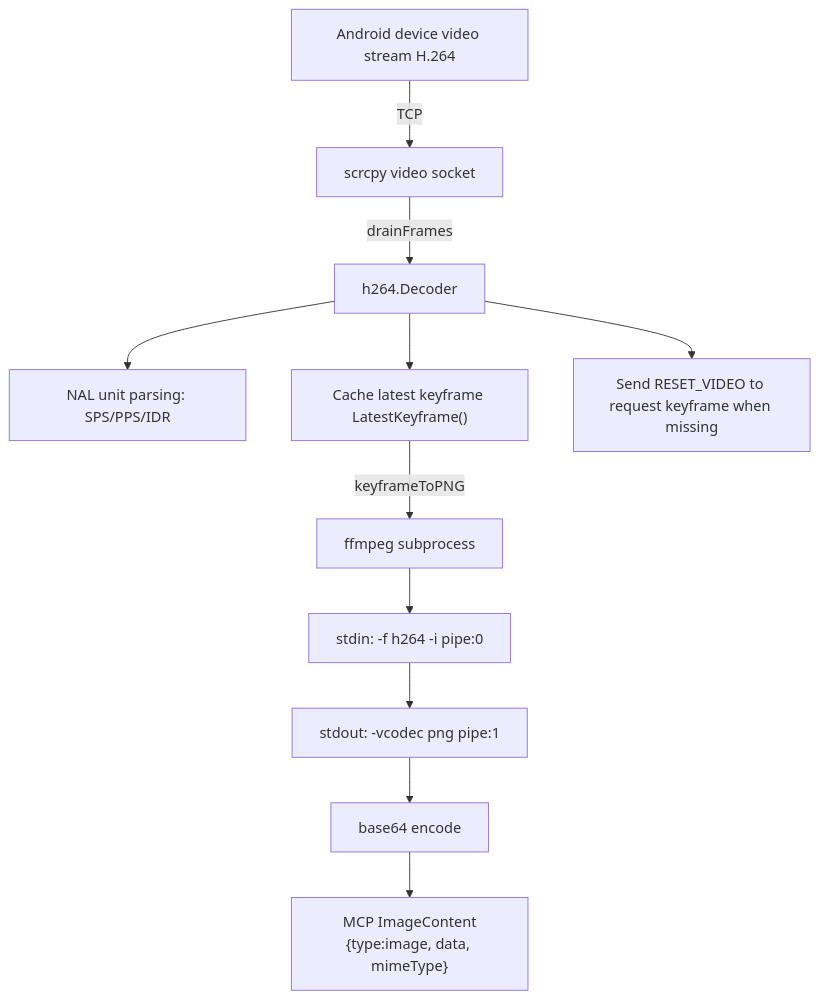
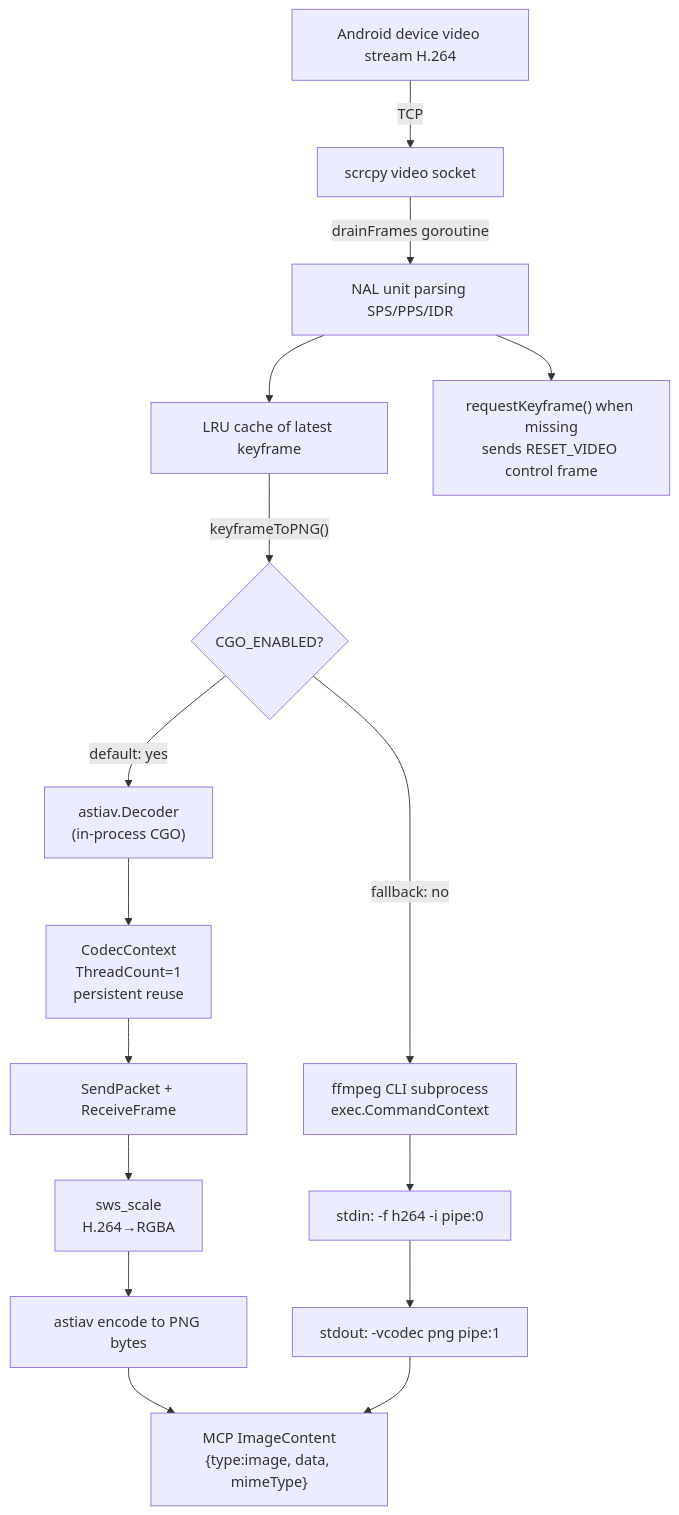
One commit to gezihua123/phonefast changed the seventh of 10 diagrams in docs/phonefast.md. Above: the diagram before and after it, drawn with Mermaid. The commit also changed other lines of this file and 21 other files, not shown here.

````diff
--- a/docs/phonefast.md
+++ b/docs/phonefast.md
@@ -259,15 +263,21 @@
 ```mermaid
 flowchart TD
     DEVICE["Android device video stream H.264"] -->|TCP| SOCKET["scrcpy video socket"]
-    SOCKET -->|drainFrames| DECODER["h264.Decoder"]
+    SOCKET -->|drainFrames goroutine| NAL["NAL unit parsing SPS/PPS/IDR"]
+    NAL --> CACHE["LRU cache of latest keyframe"]
+    NAL --> REQ["requestKeyframe() when missing\nsends RESET_VIDEO control frame"]
 
-    DECODER --> NAL["NAL unit parsing: SPS/PPS/IDR"]
-    DECODER --> CACHE["Cache latest keyframe LatestKeyframe()"]
-    DECODER --> REQ["Send RESET_VIDEO to request keyframe when missing"]
+    CACHE -->|"keyframeToPNG()"| CHOICE{"CGO_ENABLED?"}
 
-    CACHE -->|keyframeToPNG| FFMPEG["ffmpeg subprocess"]
-    FFMPEG --> FF_IN["stdin: -f h264 -i pipe:0"]
-    FF_IN --> FF_OUT["stdout: -vcodec png pipe:1"]
-    FF_OUT --> B64["base64 encode"]
-    B64 --> MC["MCP ImageContent<br/>{type:image, data, mimeType}"]
+    CHOICE -->|"default: yes"| ASTIAV["astiav.Decoder\n(in-process CGO)"]
+    ASTIAV --> CTX["CodecContext\nThreadCount=1\npersistent reuse"]
+    CTX --> DEC["SendPacket + ReceiveFrame"]
+    DEC --> SWSCALE["sws_scale\nH.264→RGBA"]
+    SWSCALE --> ENC["astiav encode to PNG bytes"]
+    ENC --> MC["MCP ImageContent\n{type:image, data, mimeType}"]
+
+    CHOICE -->|"fallback: no"| FFMPEG_CLI["ffmpeg CLI subprocess\nexec.CommandContext"]
+    FFMPEG_CLI --> STDIN["stdin: -f h264 -i pipe:0"]
+    STDIN --> STDOUT["stdout: -vcodec png pipe:1"]
+    STDOUT --> MC
 ```
````
